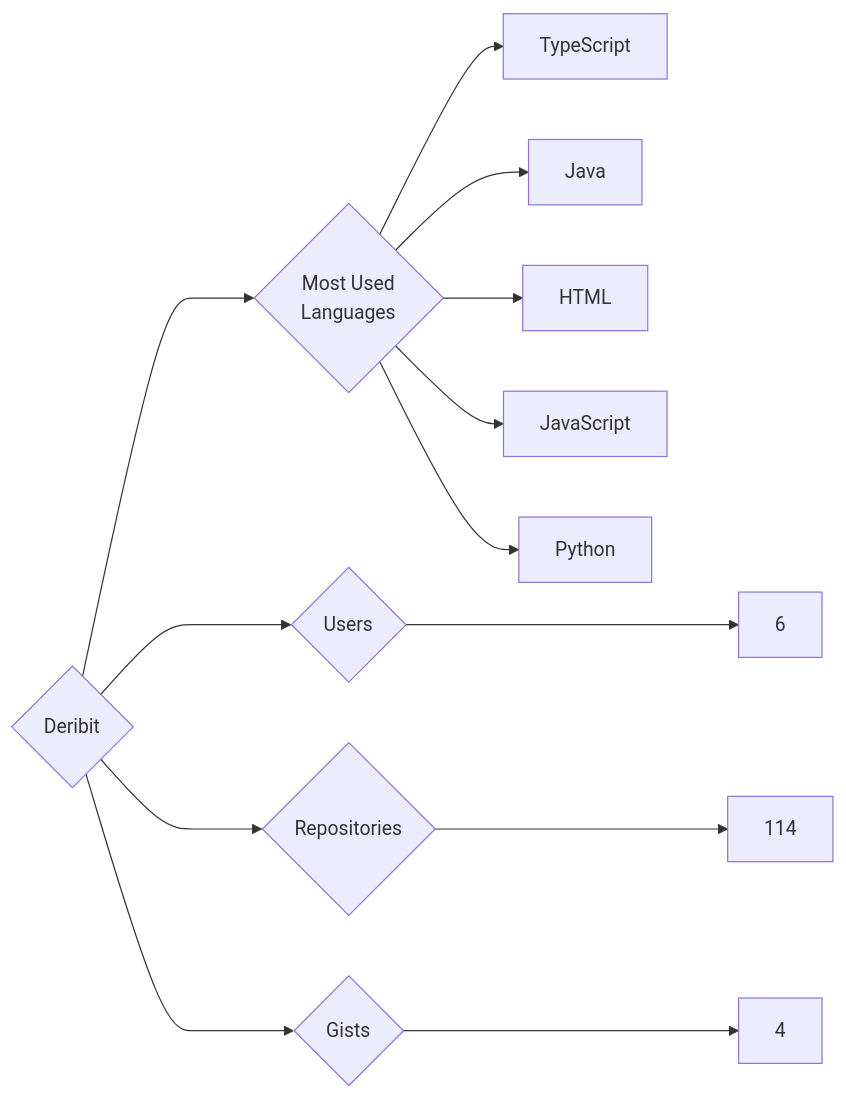
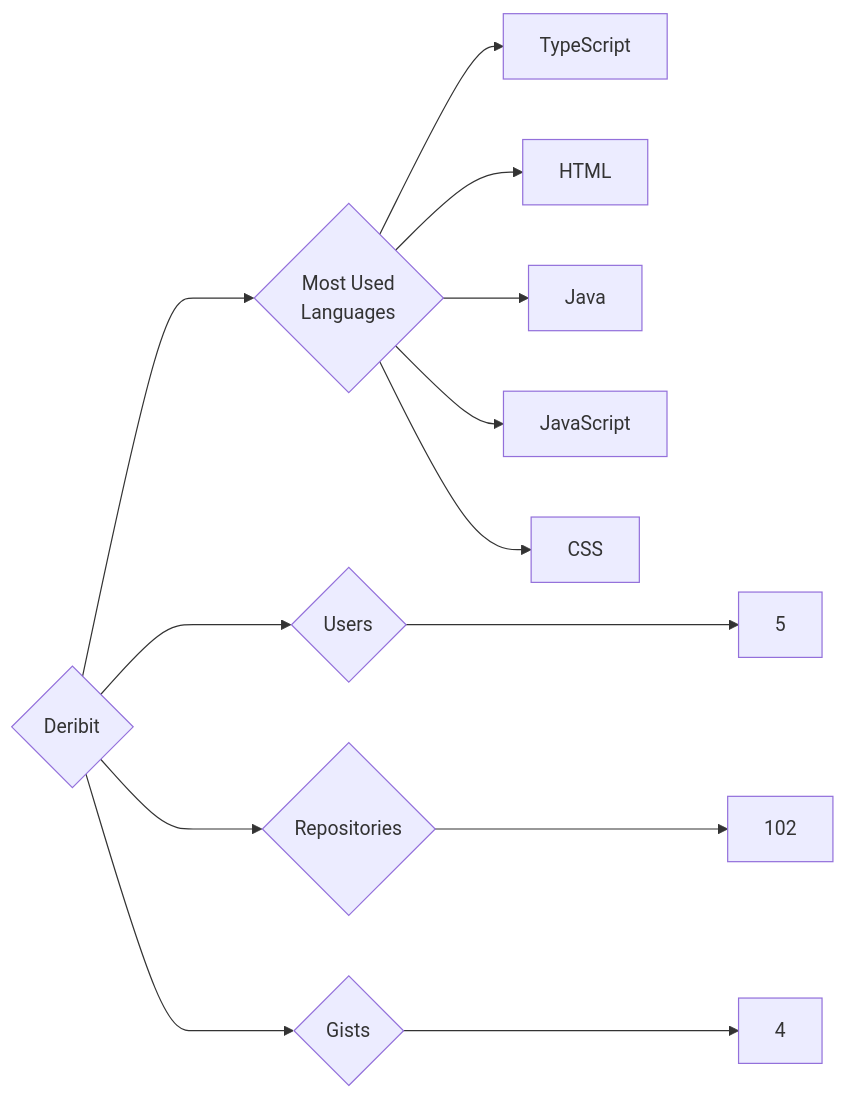
The diagram in targets/Deribit/README.md (trickest/insiders), drawn with Mermaid before and after one commit. The commit also changed 857 other files, not shown here.

````diff
--- a/targets/Deribit/README.md
+++ b/targets/Deribit/README.md
@@ -3,13 +3,13 @@
 ```mermaid
 graph LR
 COMPANY_NAME{Deribit}
-COMPANY_NAME ---> U{Users} ---> UN[6]
-COMPANY_NAME ---> R{Repositories} ---> RN[114]
+COMPANY_NAME ---> U{Users} ---> UN[5]
+COMPANY_NAME ---> R{Repositories} ---> RN[102]
 COMPANY_NAME ---> G{Gists} ---> GN[4]
 COMPANY_NAME ---> ML{Most Used<br>Languages}
 ML --> TypeScript[TypeScript]
+ML --> HTML[HTML]
 ML --> Java[Java]
-ML --> HTML[HTML]
 ML --> JavaScript[JavaScript]
-ML --> Python[Python]
+ML --> CSS[CSS]
 ```
````
